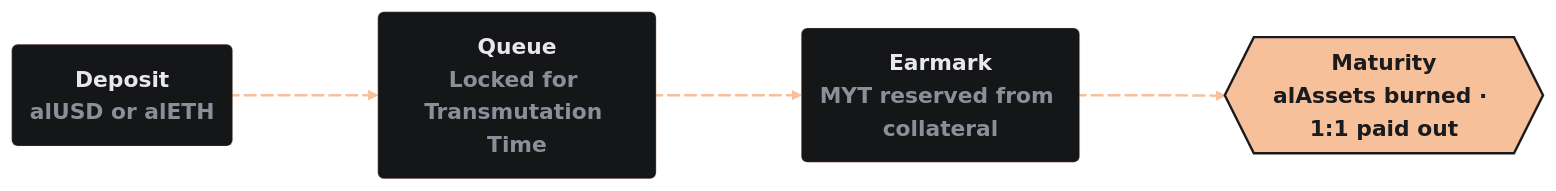
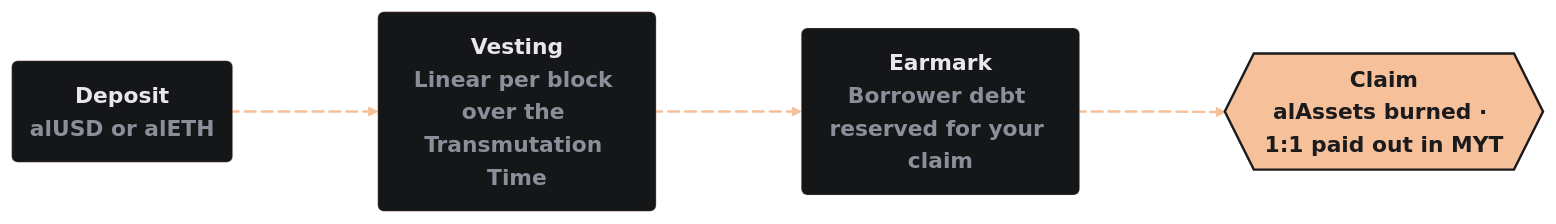
The diagram in docs/user/concepts/transmuter.md (alchemix-finance/alchemix-v3-docs), drawn with Mermaid before and after one commit. The commit also changed other lines of this file and 35 other files, not shown here.

````diff
--- a/docs/user/concepts/transmuter.md
+++ b/docs/user/concepts/transmuter.md
@@ -22,31 +22,31 @@
 ```mermaid
 %%{init: {
   'theme': 'base',
   'themeVariables': {
     'fontFamily': 'Montserrat',
     'primaryColor': '#141618',
     'primaryBorderColor': 'rgba(245,192,154,0.25)',
     'primaryTextColor': '#e8e8ea',
     'lineColor': '#f5c09a',
     'edgeLabelBackground': '#0d0e10',
     'tertiaryColor': '#141618',
     'fontSize': '18px'
   },
   'flowchart': { 'curve': 'monotoneX', 'nodeSpacing': 60, 'rankSpacing': 120 }
 }}%%
 flowchart LR
     classDef default font-weight:bold;
 
     A(Deposit<br/><span style='color:#8a8f99'>alUSD or alETH</span>)
-    B(Queue<br/><span style='color:#8a8f99'>Locked for Transmutation Time</span>)
-    C(Earmark<br/><span style='color:#8a8f99'>MYT reserved from collateral</span>)
-    D{{Maturity<br/>alAssets burned · 1:1 paid out}}
+    B(Vesting<br/><span style='color:#8a8f99'>Linear per block over the Transmutation Time</span>)
+    C(Earmark<br/><span style='color:#8a8f99'>Borrower debt reserved for your claim</span>)
+    D{{Claim<br/>alAssets burned · 1:1 paid out in MYT}}
 
     A e1@--> B e2@--> C e3@--> D
 
     style D fill:#f5c09a,stroke:#1b1b1d,stroke-width:2px,color:#1b1b1d
     linkStyle 0,1,2 stroke:#f5c09a,stroke-width:2px
     e1@{ animation: slow }
     e2@{ animation: slow }
     e3@{ animation: fast }
 ```
````
